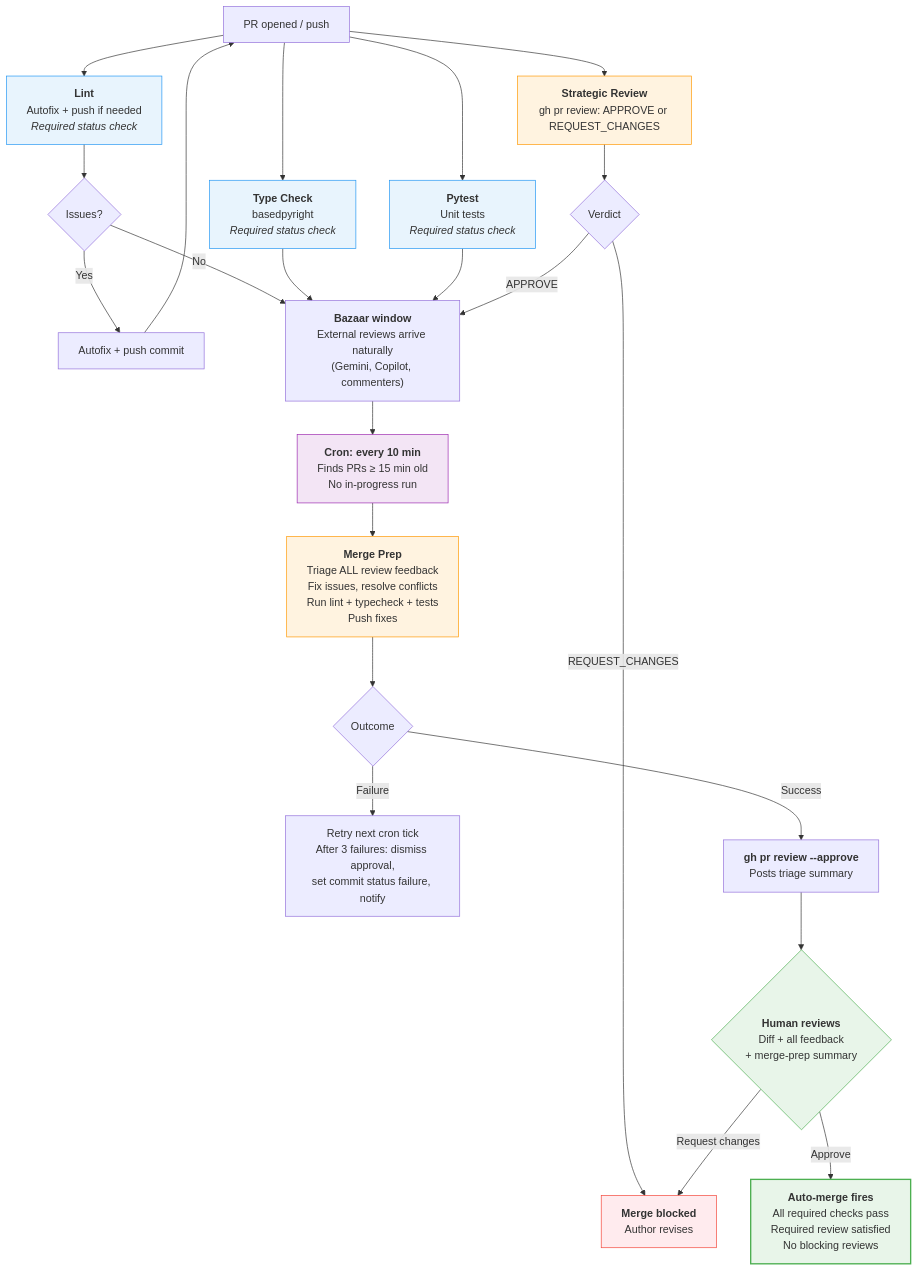
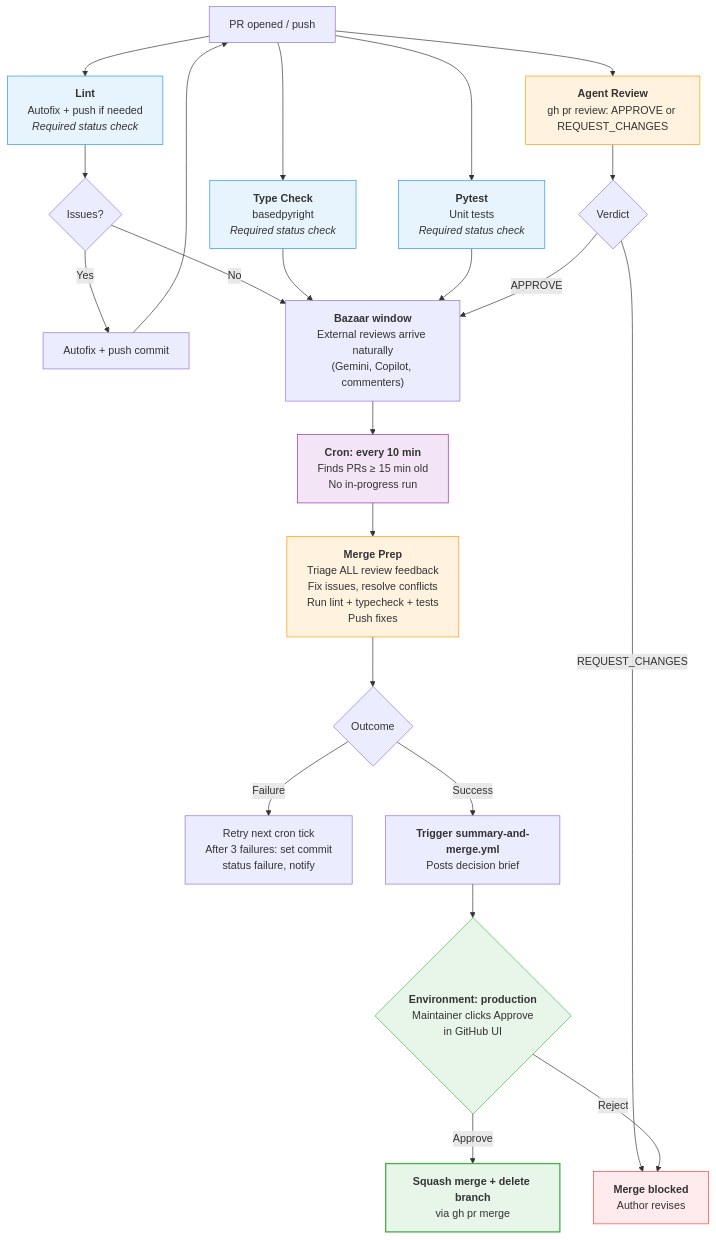
The diagram in specs/pr-pipeline-v2.md (nicsuzor/academicOps), drawn with Mermaid before and after one commit. The commit also changed other lines of this file, not shown here.

First line of the commit message:
spec: finalize PR Pipeline v2 with environment-gated merge

````diff
--- a/specs/pr-pipeline-v2.md
+++ b/specs/pr-pipeline-v2.md
@@ -42,52 +44,53 @@
 ```mermaid
 flowchart TD
     PR["PR opened / push"]
 
     %% Phase 1: On every push — independent, deterministic
     PR --> Lint["<b>Lint</b><br/>Autofix + push if needed<br/><i>Required status check</i>"]
     PR --> TC["<b>Type Check</b><br/>basedpyright<br/><i>Required status check</i>"]
     PR --> Test["<b>Pytest</b><br/>Unit tests<br/><i>Required status check</i>"]
-    PR --> SR["<b>Strategic Review</b><br/>gh pr review: APPROVE or REQUEST_CHANGES"]
+    PR --> SR["<b>Agent Review</b><br/>gh pr review: APPROVE or REQUEST_CHANGES"]
 
     Lint --> LintFix{Issues?}
     LintFix -- Yes --> AutoFix["Autofix + push commit"]
     AutoFix --> PR
     LintFix -- No --> Phase2
 
     TC --> Phase2
     Test --> Phase2
     SR --> SRV{Verdict}
     SRV -- REQUEST_CHANGES --> Blocked["<b>Merge blocked</b><br/>Author revises"]
     SRV -- APPROVE --> Phase2["<b>Bazaar window</b><br/>External reviews arrive naturally<br/>(Gemini, Copilot, commenters)"]
 
     %% Phase 2: Cron — no human trigger needed
     Phase2 --> Cron["<b>Cron: every 10 min</b><br/>Finds PRs ≥ 15 min old<br/>No in-progress run"]
 
     Cron --> MP["<b>Merge Prep</b><br/>Triage ALL review feedback<br/>Fix issues, resolve conflicts<br/>Run lint + typecheck + tests<br/>Push fixes"]
     MP --> MPV{Outcome}
-    MPV -- Failure --> RetryOrEscalate["Retry next cron tick<br/>After 3 failures: dismiss approval,<br/>set commit status failure, notify"]
-    MPV -- Success --> MPApprove["<b>gh pr review --approve</b><br/>Posts triage summary"]
+    MPV -- Failure --> RetryOrEscalate["Retry next cron tick<br/>After 3 failures: set commit<br/>status failure, notify"]
+    MPV -- Success --> Trigger["<b>Trigger summary-and-merge.yml</b><br/>Posts decision brief"]
 
-    %% Phase 3: Human decision
-    MPApprove --> Human{"<b>Human reviews</b><br/>Diff + all feedback<br/>+ merge-prep summary"}
-    Human -- "Request changes" --> Blocked
-    Human -- "Approve" --> AutoMerge
+    %% Phase 3: Environment gate
+    Trigger --> EnvGate{"<b>Environment: production</b><br/>Maintainer clicks Approve<br/>in GitHub UI"}
+    EnvGate -- "Approve" --> Merge
+    EnvGate -- "Reject" --> Blocked
 
-    %% Phase 4: Auto-merge
-    AutoMerge["<b>Auto-merge fires</b><br/>All required checks pass<br/>Required review satisfied<br/>No blocking reviews"]
+    %% Phase 4: Merge
+    Merge["<b>Squash merge + delete branch</b><br/>via gh pr merge"]
 
     %% Styling
     classDef check fill:#e8f4fd,stroke:#2196f3
     classDef agent fill:#fff3e0,stroke:#ff9800
     classDef human fill:#e8f5e9,stroke:#4caf50
     classDef success fill:#e8f5e9,stroke:#4caf50,stroke-width:2px
     classDef fail fill:#ffebee,stroke:#f44336
     classDef cron fill:#f3e5f5,stroke:#9c27b0
+    classDef env fill:#fce4ec,stroke:#e91e63
 
     class Lint,TC,Test check
     class SR,MP agent
-    class Human human
-    class AutoMerge success
+    class EnvGate human
+    class Merge success
     class Blocked fail
     class Cron cron
 ```
````
